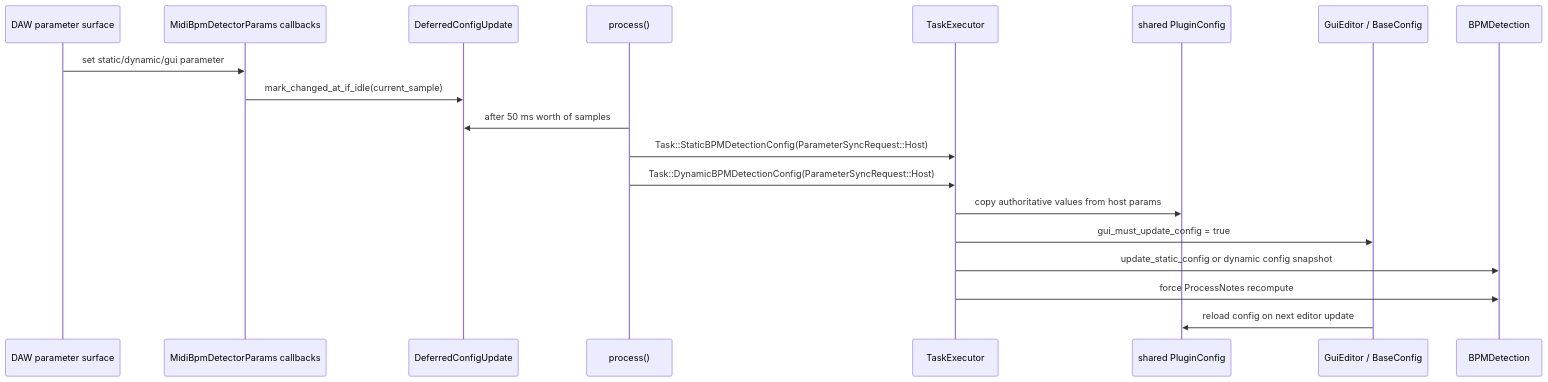
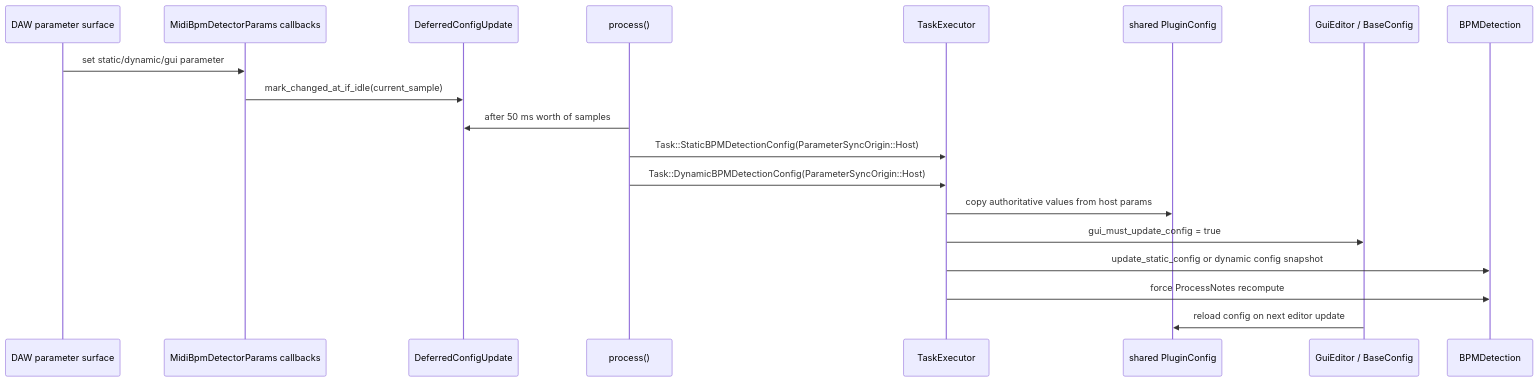
One commit to valsteen/midi_bpm_detection changed the fifth of 11 diagrams in docs/runtime-lifecycle.md. Above: the diagram before and after it, drawn with Mermaid. The commit also changed other lines of this file and 5 other files, not shown here.

Commit message:
Rename parameter sync request origin

````diff
--- a/docs/runtime-lifecycle.md
+++ b/docs/runtime-lifecycle.md
@@ -197,22 +197,22 @@
 ```mermaid
 sequenceDiagram
     participant Host as DAW parameter surface
     participant Params as MidiBpmDetectorParams callbacks
     participant Marker as DeferredConfigUpdate
     participant Process as process()
     participant Exec as TaskExecutor
     participant Config as shared PluginConfig
     participant Gui as GuiEditor / BaseConfig
     participant Model as BPMDetection
 
     Host->>Params: set static/dynamic/gui parameter
     Params->>Marker: mark_changed_at_if_idle(current_sample)
     Process->>Marker: after 50 ms worth of samples
-    Process->>Exec: Task::StaticBPMDetectionConfig(ParameterSyncRequest::Host)
-    Process->>Exec: Task::DynamicBPMDetectionConfig(ParameterSyncRequest::Host)
+    Process->>Exec: Task::StaticBPMDetectionConfig(ParameterSyncOrigin::Host)
+    Process->>Exec: Task::DynamicBPMDetectionConfig(ParameterSyncOrigin::Host)
     Exec->>Config: copy authoritative values from host params
     Exec->>Gui: gui_must_update_config = true
     Exec->>Model: update_static_config or dynamic config snapshot
     Exec->>Model: force ProcessNotes recompute
     Gui->>Config: reload config on next editor update
 ```
````
